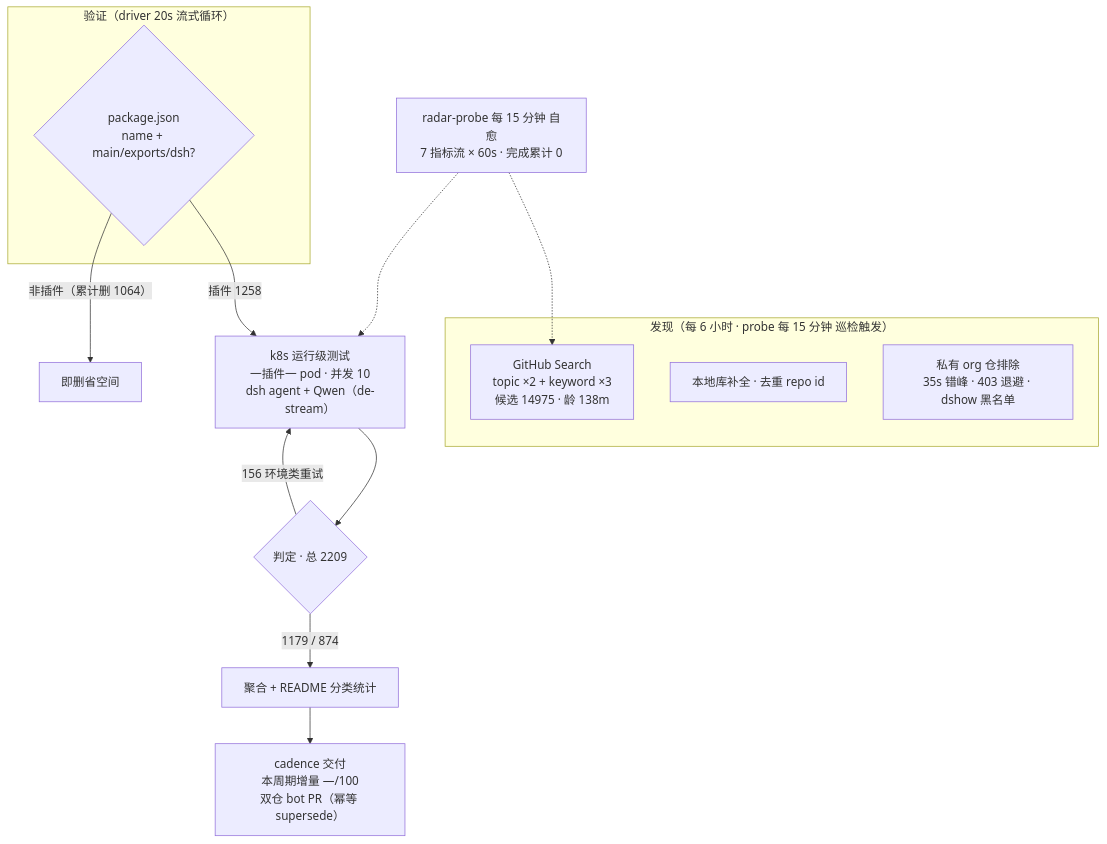
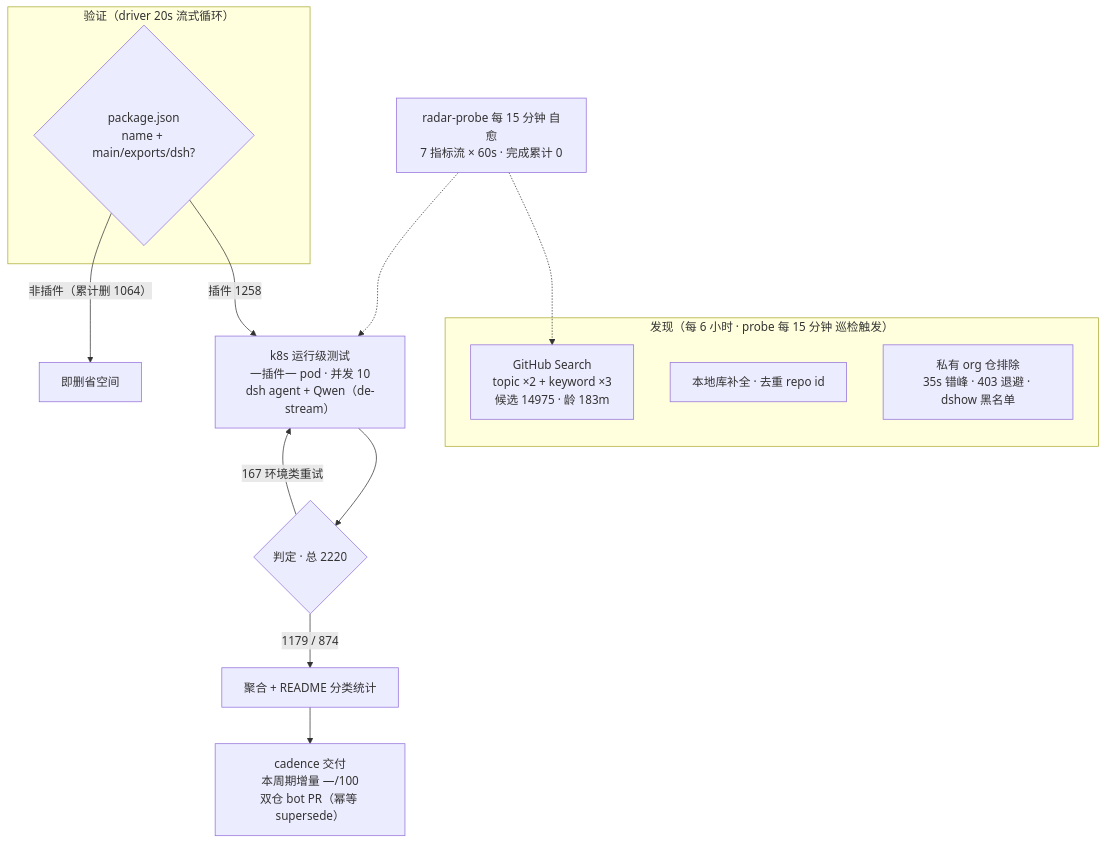
The diagram in README.md (Zhidao-Lab-OSS/awesome-dsh-plugins), drawn with Mermaid before and after one commit. The commit also changed other lines of this file and 1 other file, not shown here.

````diff
--- a/README.md
+++ b/README.md
@@ -37,20 +37,20 @@
 ```mermaid
 flowchart TB
     subgraph Discovery["发现（每 6 小时 · probe 每 15 分钟 巡检触发）"]
-        A1["GitHub Search<br/>topic ×2 + keyword ×3<br/>候选 14975 · 龄 138m"]
+        A1["GitHub Search<br/>topic ×2 + keyword ×3<br/>候选 14975 · 龄 183m"]
         A2["本地库补全 · 去重 repo id"]
         A3["私有 org 仓排除<br/>35s 错峰 · 403 退避 · dshow 黑名单"]
     end
     subgraph Validation["验证（driver 20s 流式循环）"]
         B1{"package.json<br/>name + main/exports/dsh?"}
     end
     B1 -->|"插件 1258"| C1["k8s 运行级测试<br/>一插件一 pod · 并发 10<br/>dsh agent + Qwen（de-stream）"]
     B1 -->|"非插件（累计删 1064）"| B3["即删省空间"]
-    C1 --> D1{"判定 · 总 2209"}
+    C1 --> D1{"判定 · 总 2220"}
     D1 -->|"1179 / 874"| E1["聚合 + README 分类统计"]
-    D1 -->|"156 环境类重试"| C1
+    D1 -->|"167 环境类重试"| C1
     E1 --> E2["cadence 交付<br/>本周期增量 —/100<br/>双仓 bot PR（幂等 supersede）"]
     M["radar-probe 每 15 分钟 自愈<br/>7 指标流 × 60s · 完成累计 0"]
     M -.-> A1
     M -.-> C1
 ```
````
